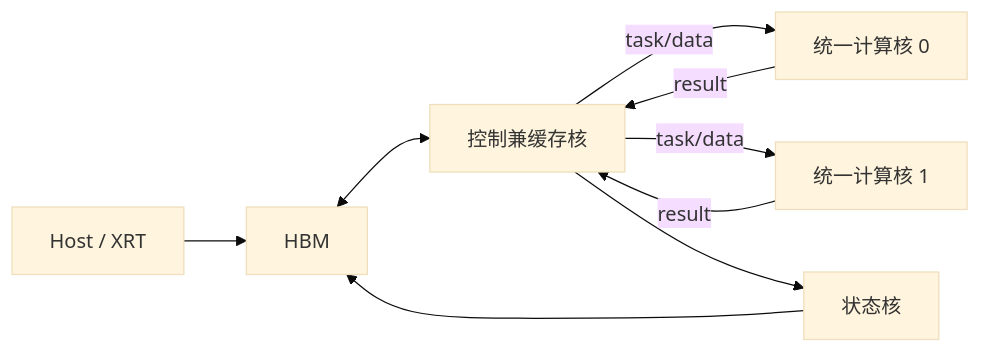
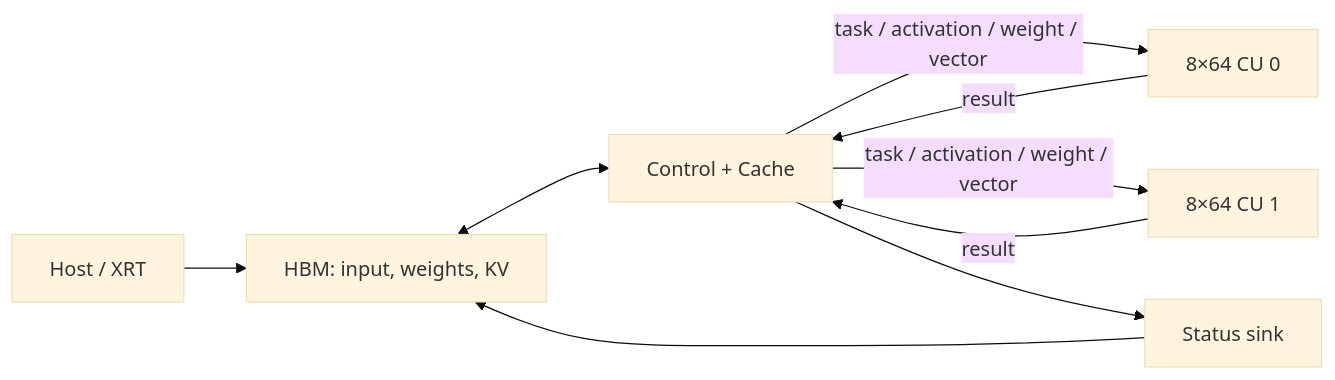
Before and after one commit to TruNcat3/LLM-ACCEL: the diagram in README.md, drawn with Mermaid (base theme). The commit also changed other lines of this file and 52 other files, not shown here.

````diff
--- a/README.md
+++ b/README.md
@@ -137,11 +19,11 @@
 ```mermaid
 flowchart LR
-    H[Host / XRT] --> M[HBM]
-    M <--> C[控制兼缓存核]
-    C -->|task/data| U0[统一计算核 0]
-    C -->|task/data| U1[统一计算核 1]
+    H[Host / XRT] --> M[HBM: input, weights, KV]
+    M <--> C[Control + Cache]
+    C -->|task / activation / weight / vector| U0[8×64 CU 0]
+    C -->|task / activation / weight / vector| U1[8×64 CU 1]
     U0 -->|result| C
     U1 -->|result| C
-    C --> S[状态核]
+    C --> S[Status sink]
     S --> M
 ```
````
